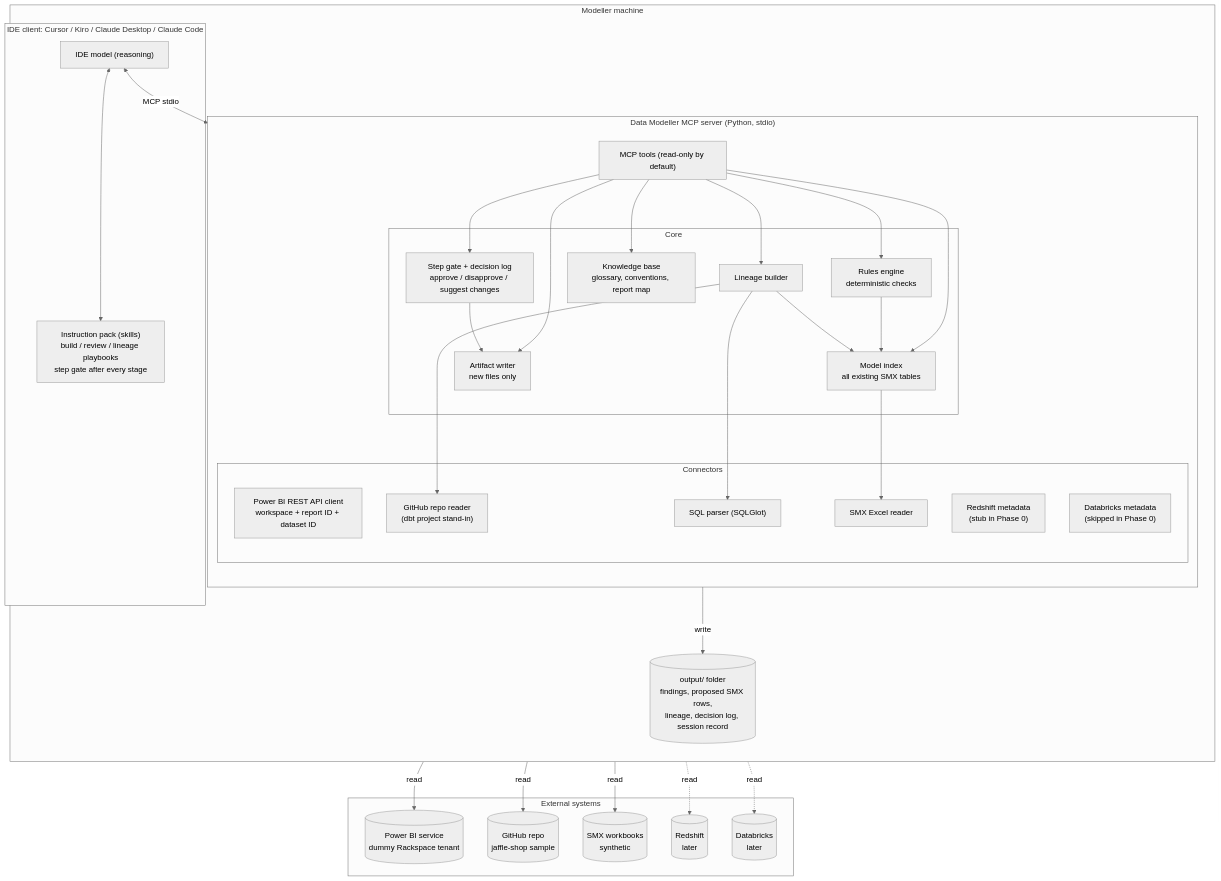
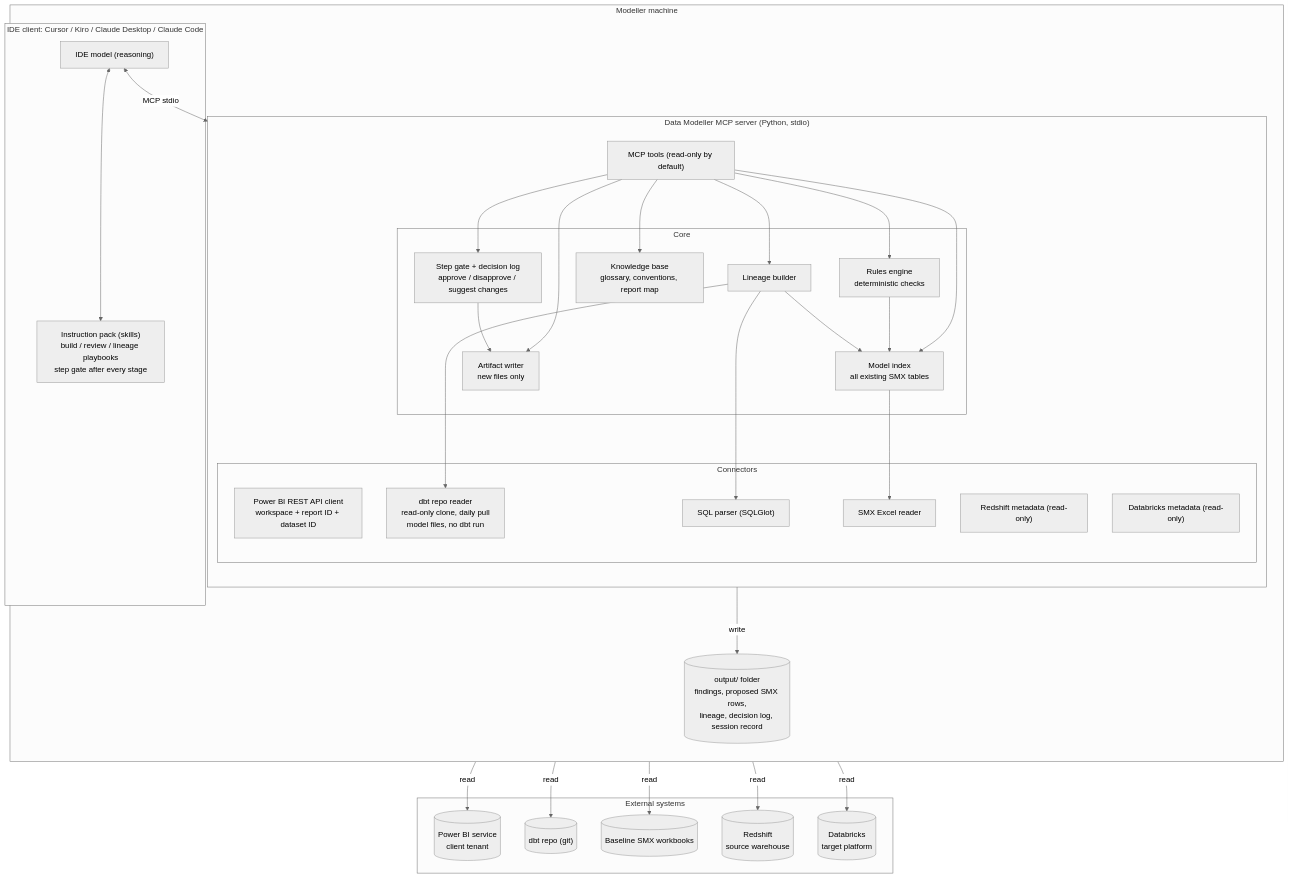
One commit to vinh-rack/data-modeller-tools changed the first of 5 diagrams in docs/ARCHITECTURE.md. Above: the diagram before and after it, drawn with Mermaid (neutral theme). The commit also changed other lines of this file, not shown here.

First line of the commit message:
docs(architecture): describe the dbt reader, data sources and 11-stage Build

````diff
--- a/docs/ARCHITECTURE.md
+++ b/docs/ARCHITECTURE.md
@@ -26,65 +15,65 @@
 ```mermaid
 flowchart TB
     subgraph USER["Modeller machine"]
         direction TB
 
         subgraph IDE["IDE client: Cursor / Kiro / Claude Desktop / Claude Code"]
             LLM["IDE model (reasoning)"]
             SKILLS["Instruction pack (skills)<br/>build / review / lineage playbooks<br/>step gate after every stage"]
         end
 
         subgraph MCP["Data Modeller MCP server (Python, stdio)"]
             direction TB
             TOOLS["MCP tools (read-only by default)"]
 
             subgraph CORE["Core"]
                 GATE["Step gate + decision log<br/>approve / disapprove / suggest changes"]
                 RULES["Rules engine<br/>deterministic checks"]
                 INDEX["Model index<br/>all existing SMX tables"]
                 KB["Knowledge base<br/>glossary, conventions, report map"]
                 LIN["Lineage builder"]
                 WRITER["Artifact writer<br/>new files only"]
             end
 
             subgraph CONN["Connectors"]
                 PBI["Power BI REST API client<br/>workspace + report ID + dataset ID"]
-                GH["GitHub repo reader<br/>(dbt project stand-in)"]
+                DBT["dbt repo reader<br/>read-only clone, daily pull<br/>model files, no dbt run"]
                 SQLP["SQL parser (SQLGlot)"]
                 XL["SMX Excel reader"]
-                RS["Redshift metadata<br/>(stub in Phase 0)"]
-                DBX["Databricks metadata<br/>(skipped in Phase 0)"]
+                RS["Redshift metadata (read-only)"]
+                DBX["Databricks metadata (read-only)"]
             end
         end
 
         OUT[("output/ folder<br/>findings, proposed SMX rows,<br/>lineage, decision log, session record")]
     end
 
     subgraph EXT["External systems"]
-        PBISVC[("Power BI service<br/>dummy Rackspace tenant")]
-        REPO[("GitHub repo<br/>jaffle-shop sample")]
-        SMX[("SMX workbooks<br/>synthetic")]
-        REDSHIFT[("Redshift<br/>later")]
-        DATABRICKS[("Databricks<br/>later")]
+        PBISVC[("Power BI service<br/>client tenant")]
+        REPO[("dbt repo (git)")]
+        SMX[("Baseline SMX workbooks")]
+        REDSHIFT[("Redshift<br/>source warehouse")]
+        DATABRICKS[("Databricks<br/>target platform")]
     end
 
     LLM <--> SKILLS
     LLM <-->|"MCP stdio"| TOOLS
     TOOLS --> GATE
     TOOLS --> RULES
     TOOLS --> INDEX
     TOOLS --> KB
     TOOLS --> LIN
     TOOLS --> WRITER
     RULES --> INDEX
     LIN --> INDEX
-    LIN --> GH
+    LIN --> DBT
     LIN --> SQLP
     INDEX --> XL
     GATE --> WRITER
     PBI -->|"read"| PBISVC
-    GH -->|"read"| REPO
+    DBT -->|"read"| REPO
     XL -->|"read"| SMX
-    RS -.->|"read"| REDSHIFT
-    DBX -.->|"read"| DATABRICKS
+    RS -->|"read"| REDSHIFT
+    DBX -->|"read"| DATABRICKS
     WRITER -->|"write"| OUT
 ```
````
